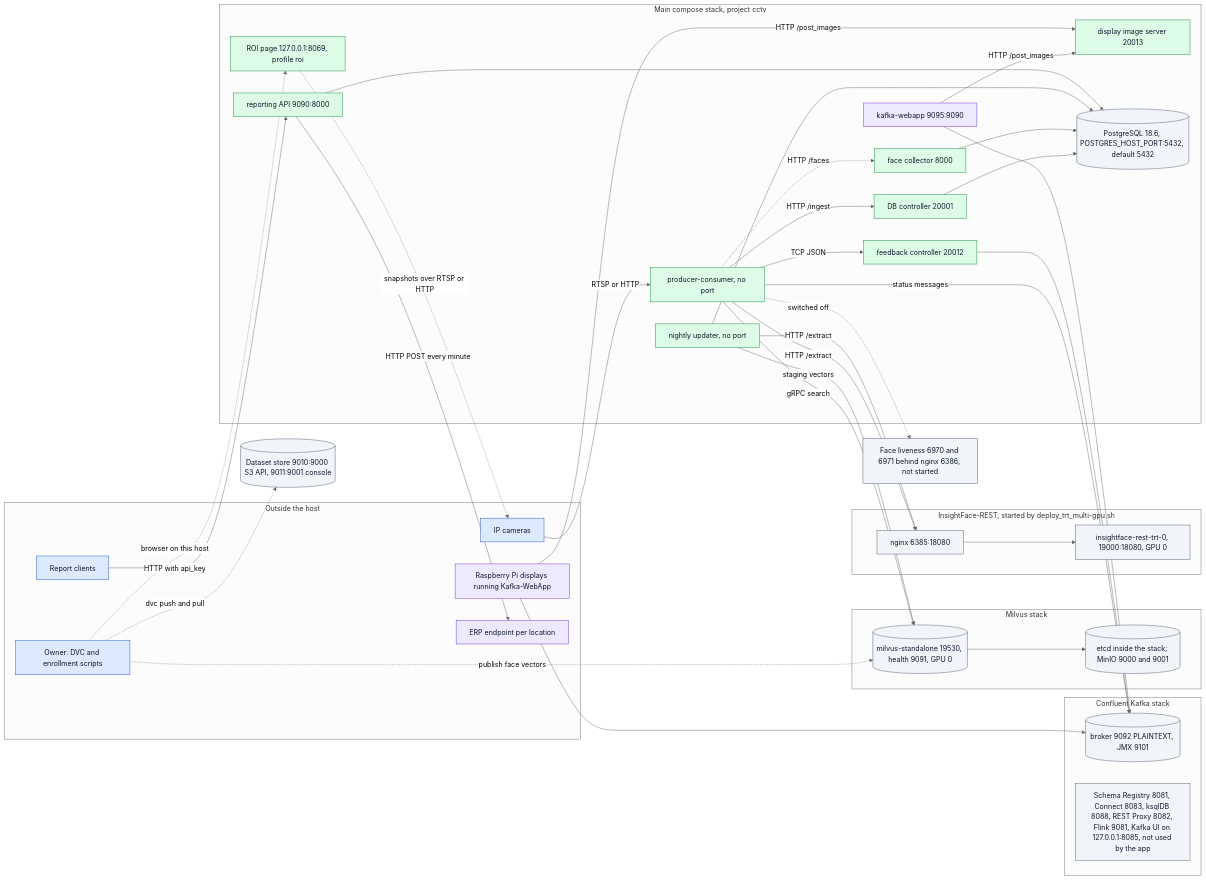
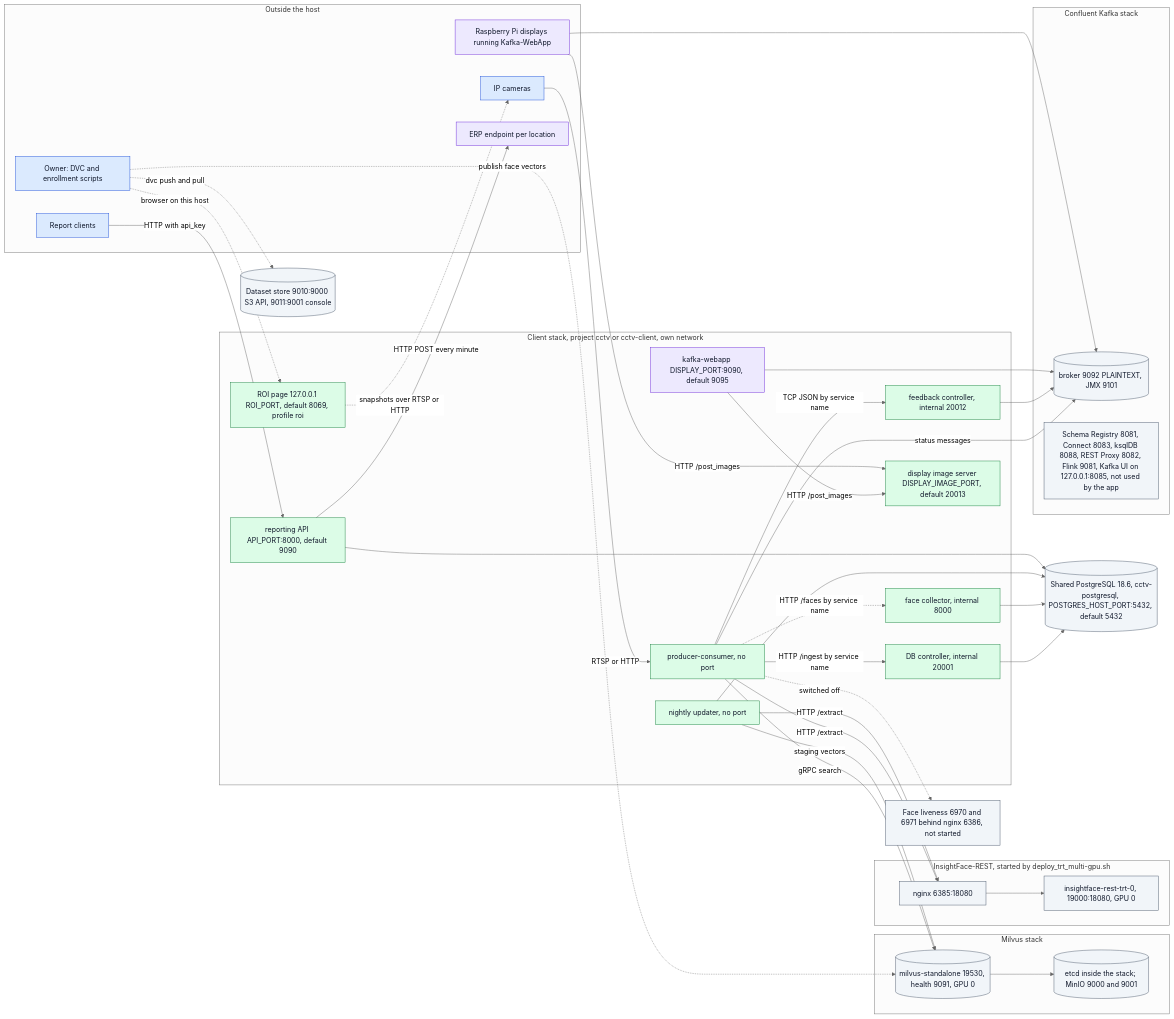
One commit to hamza-aziz-ai/CCTV-Face-Recognition-Attendance-System changed the first of 3 diagrams in docs/ARCHITECTURE.md. Above: the diagram before and after it, drawn with Mermaid (neutral theme). The commit also changed other lines of this file and 11 other files, not shown here.

````diff
--- a/docs/ARCHITECTURE.md
+++ b/docs/ARCHITECTURE.md
@@ -54,70 +55,70 @@
 ```mermaid
 flowchart LR
     subgraph OUTSIDE["`Outside the host`"]
         CAM["`IP cameras`"]:::entry
         CL["`Report clients`"]:::entry
         OWN["`Owner: DVC and enrollment scripts`"]:::entry
         PI["`Raspberry Pi displays running Kafka-WebApp`"]:::outcome
         ERP["`ERP endpoint per location`"]:::outcome
     end
-    subgraph MAIN["`Main compose stack, project cctv`"]
+    subgraph MAIN["`Client stack, project cctv or cctv-client, own network`"]
         PC["`producer-consumer, no port`"]:::step
-        DBC["`DB controller 20001`"]:::step
-        FBC["`feedback controller 20012`"]:::step
-        API["`reporting API 9090:8000`"]:::step
-        COL["`face collector 8000`"]:::step
+        DBC["`DB controller, internal 20001`"]:::step
+        FBC["`feedback controller, internal 20012`"]:::step
+        API["`reporting API API_PORT:8000, default 9090`"]:::step
+        COL["`face collector, internal 8000`"]:::step
         UPD["`nightly updater, no port`"]:::step
-        DISP["`display image server 20013`"]:::step
-        KW["`kafka-webapp 9095:9090`"]:::outcome
-        ROI["`ROI page 127.0.0.1:8069, profile roi`"]:::step
-        PG[("`PostgreSQL 18.6, POSTGRES_HOST_PORT:5432, default 5432`")]:::store
+        DISP["`display image server DISPLAY_IMAGE_PORT, default 20013`"]:::step
+        KW["`kafka-webapp DISPLAY_PORT:9090, default 9095`"]:::outcome
+        ROI["`ROI page 127.0.0.1 ROI_PORT, default 8069, profile roi`"]:::step
     end
+    PG[("`Shared PostgreSQL 18.6, cctv-postgresql, POSTGRES_HOST_PORT:5432, default 5432`")]:::store
     subgraph IFS["`InsightFace-REST, started by deploy_trt_multi-gpu.sh`"]
         NGX["`nginx 6385:18080`"]:::store
         IFR["`insightface-rest-trt-0, 19000:18080, GPU 0`"]:::store
     end
     subgraph MILVUS["`Milvus stack`"]
         MV[("`milvus-standalone 19530, health 9091, GPU 0`")]:::store
         META[("`etcd inside the stack; MinIO 9000 and 9001`")]:::store
     end
     subgraph KAFKA["`Confluent Kafka stack`"]
         BRK[("`broker 9092 PLAINTEXT, JMX 9101`")]:::store
         EXTRA["`Schema Registry 8081, Connect 8083, ksqlDB 8088, REST Proxy 8082, Flink 9081, Kafka UI on 127.0.0.1:8085, not used by the app`"]:::store
     end
     DS[("`Dataset store 9010:9000 S3 API, 9011:9001 console`")]:::store
     LIV["`Face liveness 6970 and 6971 behind nginx 6386, not started`"]:::store
 
     CAM -->|"`RTSP or HTTP`"| PC
     PC -->|"`HTTP /extract`"| NGX --> IFR
     PC -->|"`gRPC search`"| MV
-    PC -->|"`HTTP /ingest`"| DBC
-    PC -->|"`TCP JSON`"| FBC
+    PC -->|"`HTTP /ingest by service name`"| DBC
+    PC -->|"`TCP JSON by service name`"| FBC
     PC -->|"`status messages`"| BRK
-    PC -.->|"`HTTP /faces`"| COL
+    PC -.->|"`HTTP /faces by service name`"| COL
     PC -.->|"`switched off`"| LIV
     DBC --> PG
     COL --> PG
     UPD --> PG
     API --> PG
     UPD -->|"`HTTP /extract`"| NGX
     UPD -->|"`staging vectors`"| MV
     MV --> META
     FBC --> BRK
     KW --> BRK
     KW -->|"`HTTP /post_images`"| DISP
     PI --> BRK
     PI -->|"`HTTP /post_images`"| DISP
     CL -->|"`HTTP with api_key`"| API
     API -->|"`HTTP POST every minute`"| ERP
     OWN -.->|"`dvc push and pull`"| DS
     OWN -.->|"`publish face vectors`"| MV
     OWN -.->|"`browser on this host`"| ROI
     ROI -.->|"`snapshots over RTSP or HTTP`"| CAM
 
     classDef entry fill:#dbeafe,stroke:#1d4ed8,color:#0f172a
     classDef step fill:#dcfce7,stroke:#15803d,color:#0f172a
     classDef decision fill:#fef3c7,stroke:#b45309,color:#0f172a
     classDef outcome fill:#ede9fe,stroke:#6d28d9,color:#0f172a
     classDef error fill:#fee2e2,stroke:#b91c1c,color:#0f172a
     classDef store fill:#f1f5f9,stroke:#475569,color:#0f172a
 ```
````
